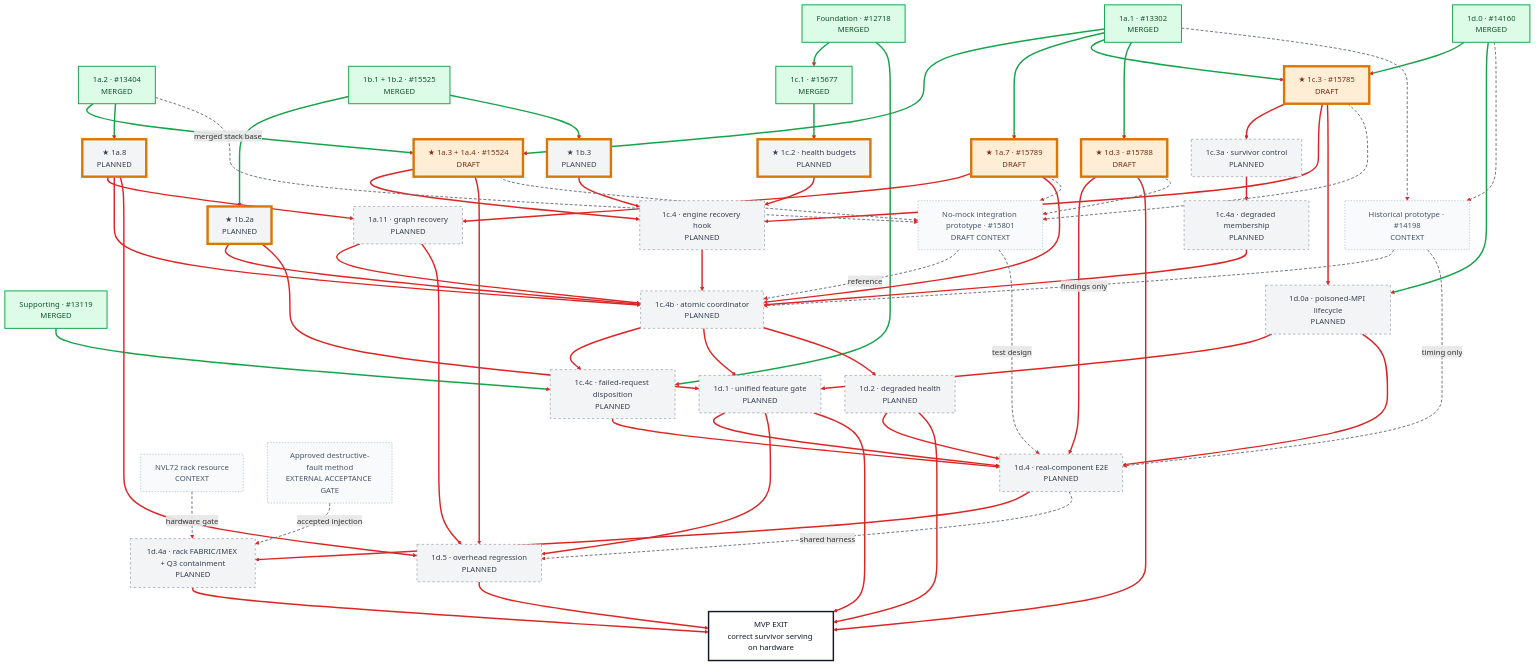
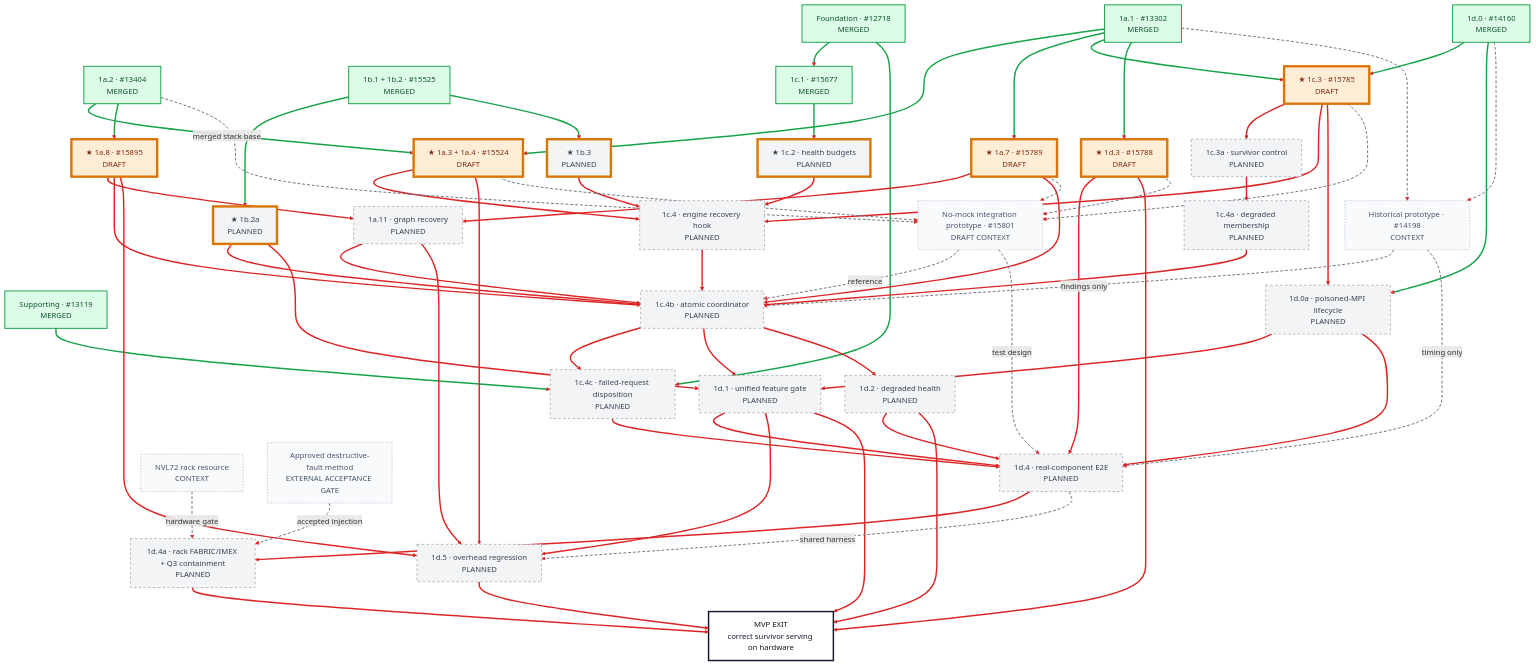
The second of 8 diagrams in docs/design/wide-ep-fault-tolerance/pr-execution/mvp-dependency-graph.md (chienchunhung/TensorRT-LLM), drawn with Mermaid before and after one commit. The commit also changed other lines of this file and 7 other files, not shown here.

```diff
--- a/docs/design/wide-ep-fault-tolerance/pr-execution/mvp-dependency-graph.md
+++ b/docs/design/wide-ep-fault-tolerance/pr-execution/mvp-dependency-graph.md
@@ -109,7 +109,7 @@
 
     A1_34["★ 1a.3 + 1a.4 · #15524<br/>DRAFT"]
     A1_7["★ 1a.7 · #15789<br/>DRAFT"]
-    A1_8["★ 1a.8<br/>PLANNED"]
+    A1_8["★ 1a.8 · #15895<br/>DRAFT"]
     B1_2A["★ 1b.2a<br/>PLANNED"]
     B1_3["★ 1b.3<br/>PLANNED"]
     C1_1["1c.1 · #15677<br/>MERGED"]
@@ -220,8 +220,8 @@
     classDef candidate stroke:#d97706,stroke-width:5px,stroke-dasharray:0;
 
     class P12718,P13119,A1_1,A1_2,B1_12,C1_1,D1_0 merged;
-    class A1_34,A1_7,C1_3,D1_3 draft;
-    class A1_8,A1_11,B1_2A,B1_3,C1_2,C1_3A,C1_4,C1_4A,C1_4B,C1_4C,D1_0A,D1_1,D1_2,D1_4,D1_4A,D1_5 planned;
+    class A1_34,A1_7,A1_8,C1_3,D1_3 draft;
+    class A1_11,B1_2A,B1_3,C1_2,C1_3A,C1_4,C1_4A,C1_4B,C1_4C,D1_0A,D1_1,D1_2,D1_4,D1_4A,D1_5 planned;
     class OLD_PROTO,NEW_PROTO,NVL72_RESOURCE,APPROVED_FAULT_METHOD context;
     class MVP_EXIT gate;
     class A1_34,A1_7,A1_8,B1_2A,B1_3,C1_2,C1_3,D1_3 candidate;
```
